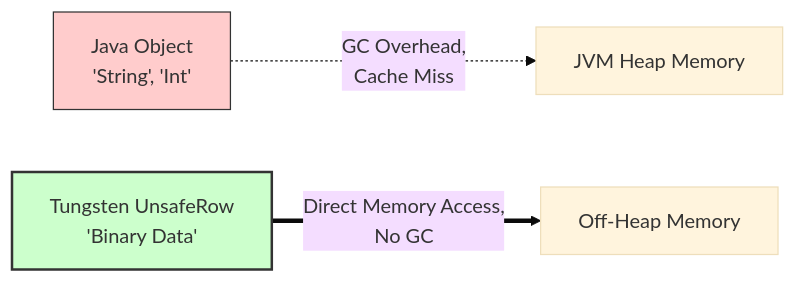
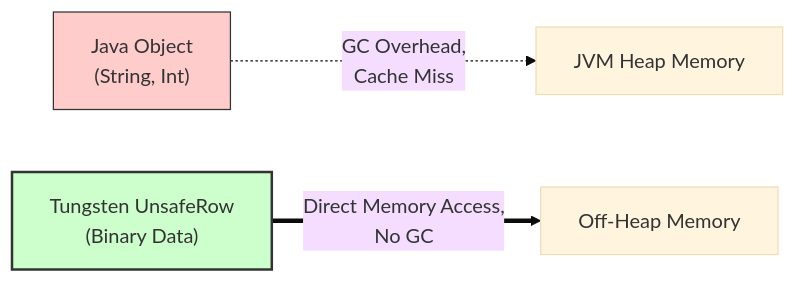
The diagram in src/content/docs/concepts/4-compute-engines-batch/spark-tungsten-engine.md (kythuatdulieu/kythuatdulieu.github.io), drawn with Mermaid (base theme) before and after one commit. The commit also changed other lines of this file and 228 other files, not shown here.

Commit message:
Fix syntax and rewrite 200+ concepts docs to deep-dive system architecture and add GA4 tracking to quiz app

````diff
--- a/src/content/docs/concepts/4-compute-engines-batch/spark-tungsten-engine.md
+++ b/src/content/docs/concepts/4-compute-engines-batch/spark-tungsten-engine.md
@@ -38,8 +44,8 @@
 ```mermaid
 graph LR
-    A["Java Object \n 'String', 'Int'"] -.->|GC Overhead, \n Cache Miss| JVM["JVM Heap Memory"]
-    B["Tungsten UnsafeRow \n 'Binary Data'"] ==>|Direct Memory Access, \n No GC| OS["Off-Heap Memory"]
+    A["Java Object \n (String, Int)"] -.->|GC Overhead, \n Cache Miss| JVM["JVM Heap Memory"]
+    B["Tungsten UnsafeRow \n (Binary Data)"] ==>|Direct Memory Access, \n No GC| OS["Off-Heap Memory"]
     
     style A fill:#ffcccc,stroke:#333
     style B fill:#ccffcc,stroke:#333,stroke-width:2px
 ```
````
